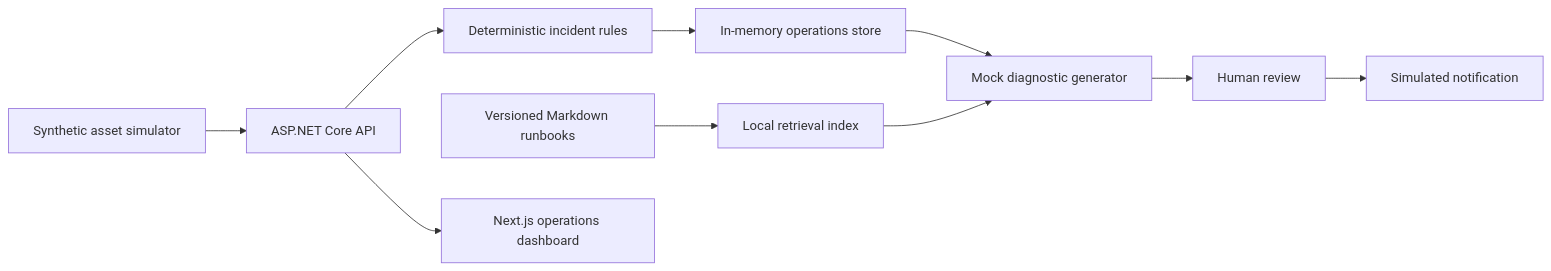
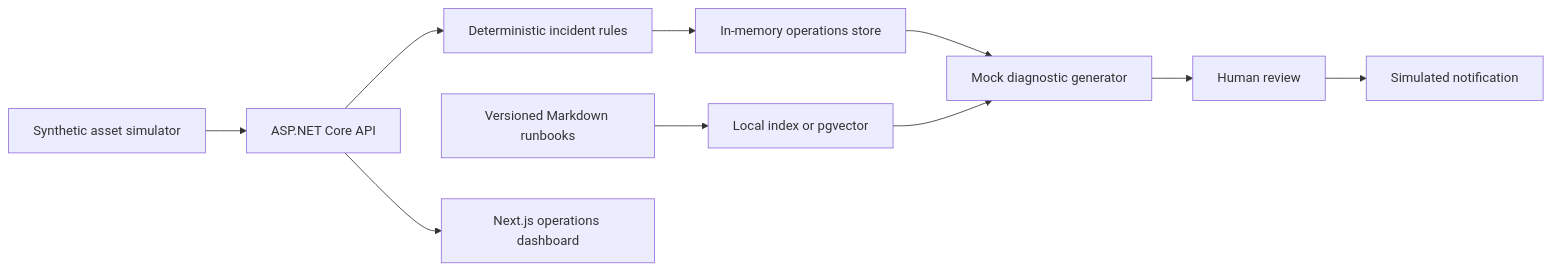
Before and after one commit to engmarconi/connected-operations-copilot: the diagram in README.md, drawn with Mermaid. The commit also changed other lines of this file and 12 other files, not shown here.

Commit message:
Add optional pgvector retrieval backend

````diff
--- a/README.md
+++ b/README.md
@@ -35,12 +35,12 @@
 ```mermaid
 flowchart LR
     Simulator[Synthetic asset simulator] --> API[ASP.NET Core API]
     API --> Rules[Deterministic incident rules]
     Rules --> Store[In-memory operations store]
     Store --> Diagnostic[Mock diagnostic generator]
-    Runbooks[Versioned Markdown runbooks] --> Retrieval[Local retrieval index]
+    Runbooks[Versioned Markdown runbooks] --> Retrieval[Local index or pgvector]
     Retrieval --> Diagnostic
     Diagnostic --> Review[Human review]
     Review --> Action[Simulated notification]
     API --> Web[Next.js operations dashboard]
 ```
````
